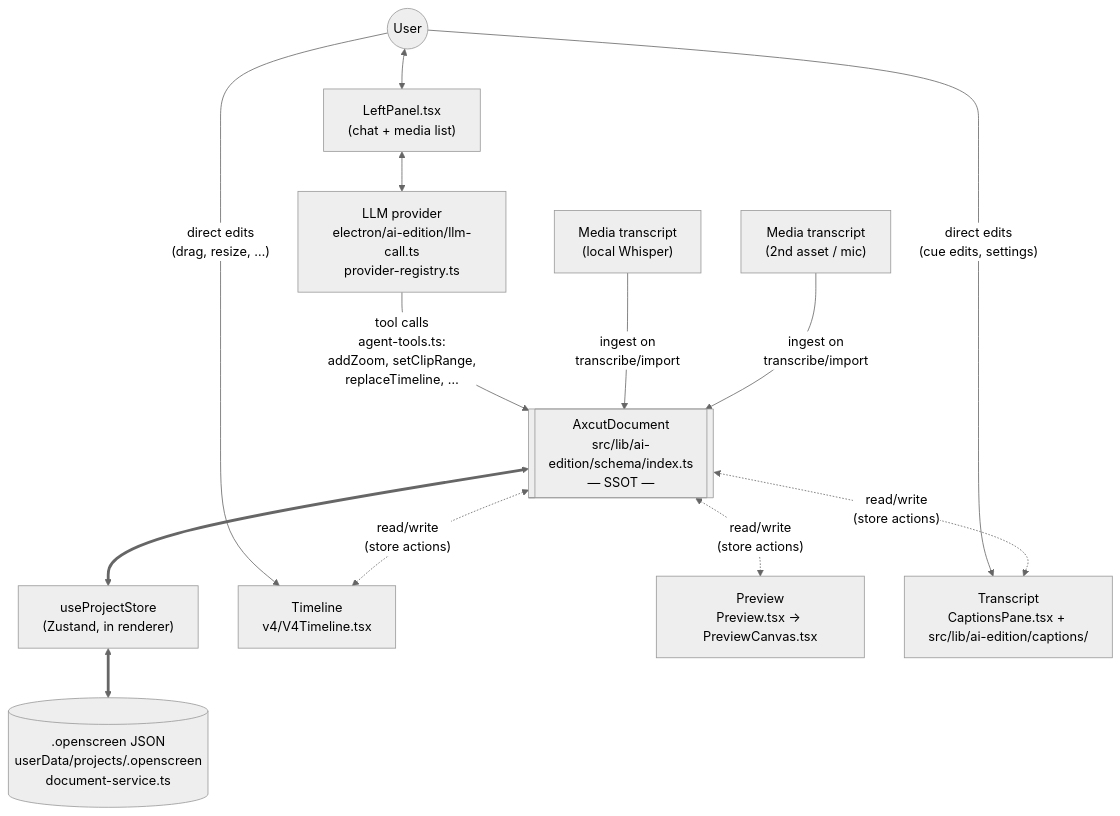
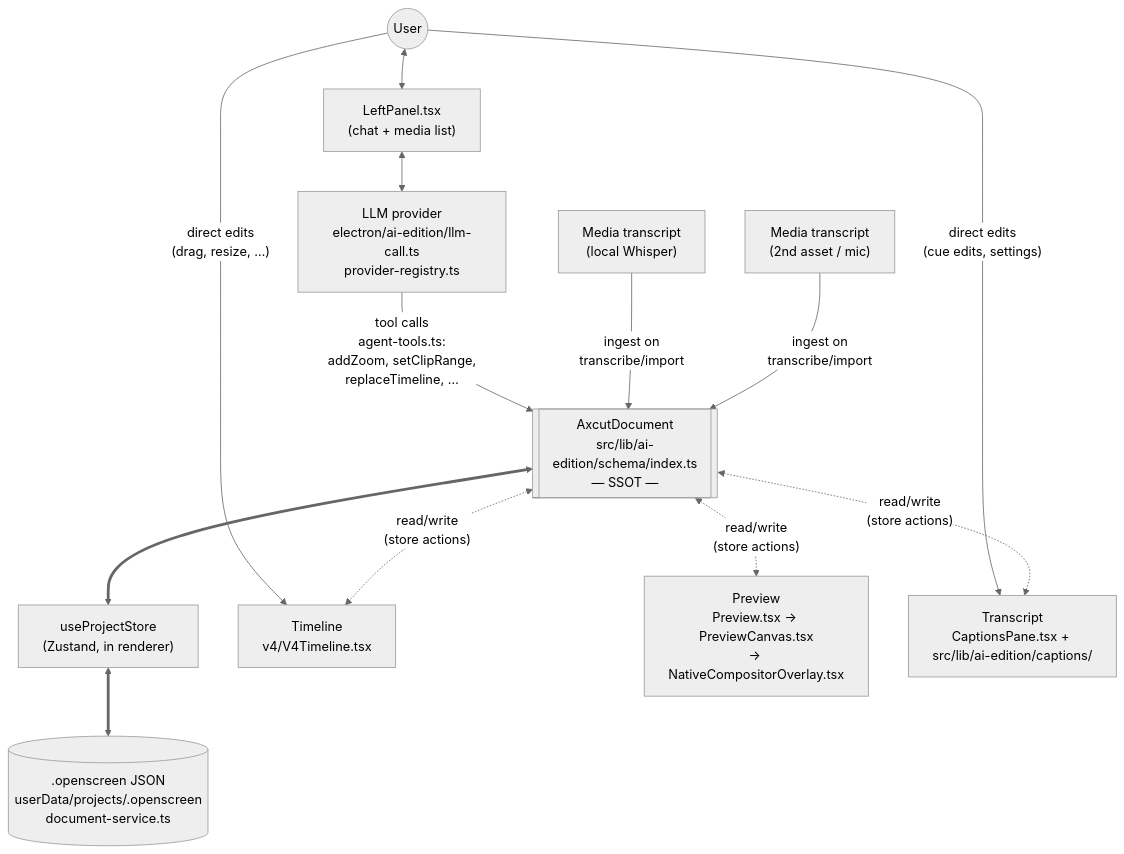
Before and after one commit to EtienneLescot/openscreen: the second of 2 diagrams in technical-documentation/architecture/overview.md, drawn with Mermaid (neutral theme). The commit also changed 2 other files, not shown here.

Commit message:
docs: add npm run docs:check, and complete the preview chain in the overview diagram

````diff
--- a/technical-documentation/architecture/overview.md
+++ b/technical-documentation/architecture/overview.md
@@ -63,33 +63,33 @@
 ```mermaid
 flowchart TD
     User(("User"))
     Chat["LeftPanel.tsx<br/>(chat + media list)"]
     LLM["LLM provider<br/>electron/ai-edition/llm-call.ts<br/>provider-registry.ts"]
     DSL[["AxcutDocument<br/>src/lib/ai-edition/schema/index.ts<br/>— SSOT —"]]
     Store["useProjectStore<br/>(Zustand, in renderer)"]
     Disk[(".openscreen JSON<br/>userData/projects/<id>.openscreen<br/>document-service.ts")]
 
     MT1["Media transcript<br/>(local Whisper)"]
     MT2["Media transcript<br/>(2nd asset / mic)"]
 
     Timeline["Timeline<br/>v4/V4Timeline.tsx"]
-    VPreview["Preview<br/>Preview.tsx → PreviewCanvas.tsx"]
+    VPreview["Preview<br/>Preview.tsx → PreviewCanvas.tsx<br/>→ NativeCompositorOverlay.tsx"]
     VTranscript["Transcript<br/>CaptionsPane.tsx + src/lib/ai-edition/captions/"]
 
     User <--> Chat
     Chat <--> LLM
     LLM -- "tool calls<br/>agent-tools.ts:<br/>addZoom, setClipRange,<br/>replaceTimeline, …" --> DSL
 
     MT1 -- "ingest on<br/>transcribe/import" --> DSL
     MT2 -- "ingest on<br/>transcribe/import" --> DSL
 
     User -- "direct edits<br/>(drag, resize, …)" --> Timeline
     User -- "direct edits<br/>(cue edits, settings)" --> VTranscript
 
     DSL <==> Store
     Store <==> Disk
 
     DSL <-.->|"read/write<br/>(store actions)"| Timeline
     DSL <-.->|"read/write<br/>(store actions)"| VPreview
     DSL <-.->|"read/write<br/>(store actions)"| VTranscript
 ```
````
